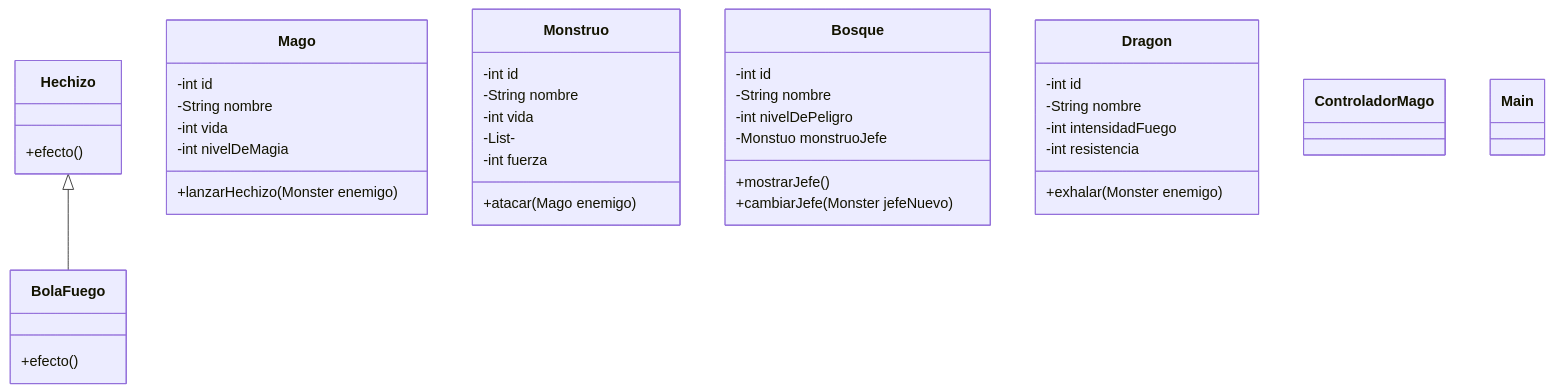
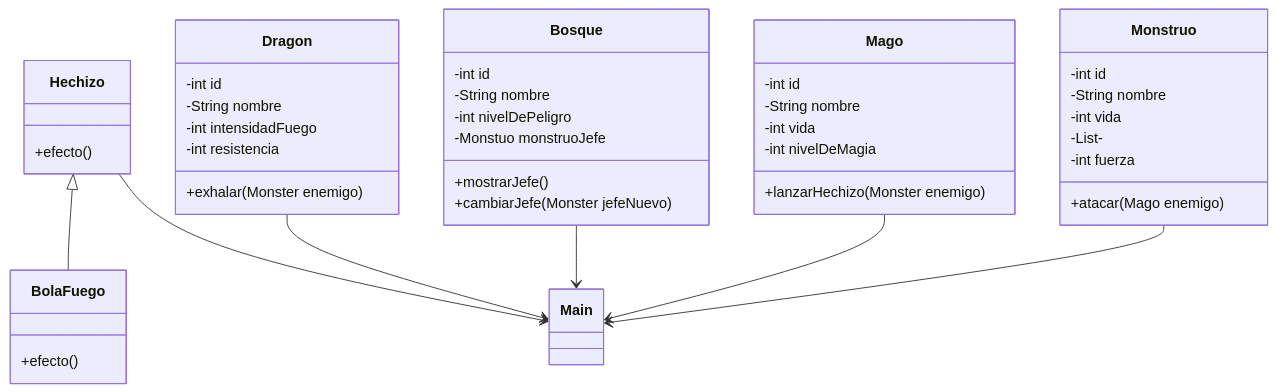
Before and after one commit to adriamPaz/drago: the first of 2 diagrams in readme.md, drawn with Mermaid. The commit also changed other lines of this file and 2 other files, not shown here.

````diff
--- a/readme.md
+++ b/readme.md
@@ -6,46 +6,47 @@
 ```mermaid
 classDiagram
    Hechizo <|-- BolaFuego
+   Monstruo --> Main
+   Mago --> Main
+   Bosque --> Main 
+   Dragon --> Main
+   Hechizo --> Main
+   
     class Mago{
       -int id
       -String nombre
       -int vida
       -int nivelDeMagia
       +lanzarHechizo(Monster enemigo)
     }
     class Monstruo{
       -int id
       -String nombre
       -int vida
       -List-
       -int fuerza
       +atacar(Mago enemigo)
     }
     class Bosque{
       -int id
       -String nombre
       -int nivelDePeligro
       -Monstuo monstruoJefe
       +mostrarJefe()
       +cambiarJefe(Monster jefeNuevo)
     }
     class Dragon{
       -int id
       -String nombre
       -int intensidadFuego
       -int resistencia
       +exhalar(Monster enemigo)
     }
     class Hechizo{
       +efecto()
     }
     class BolaFuego{
       +efecto()
     }
-    class ControladorMago{
-
-    }
-    class Main{
-
-    }
+    
 ```
````
